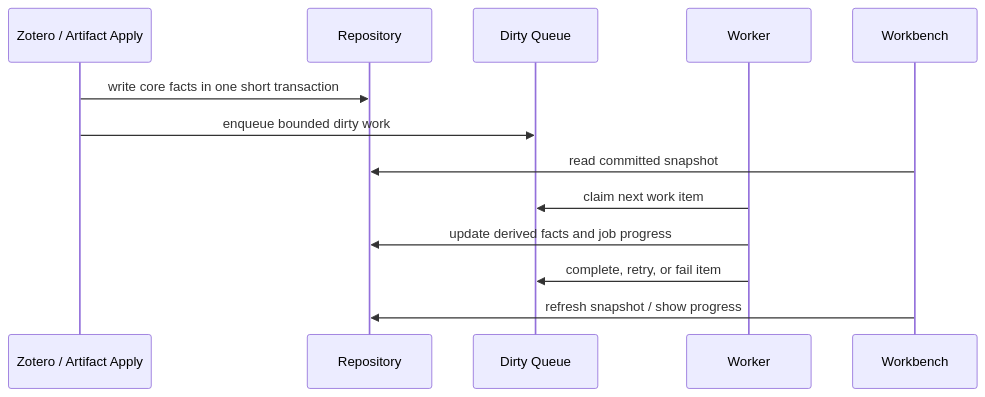
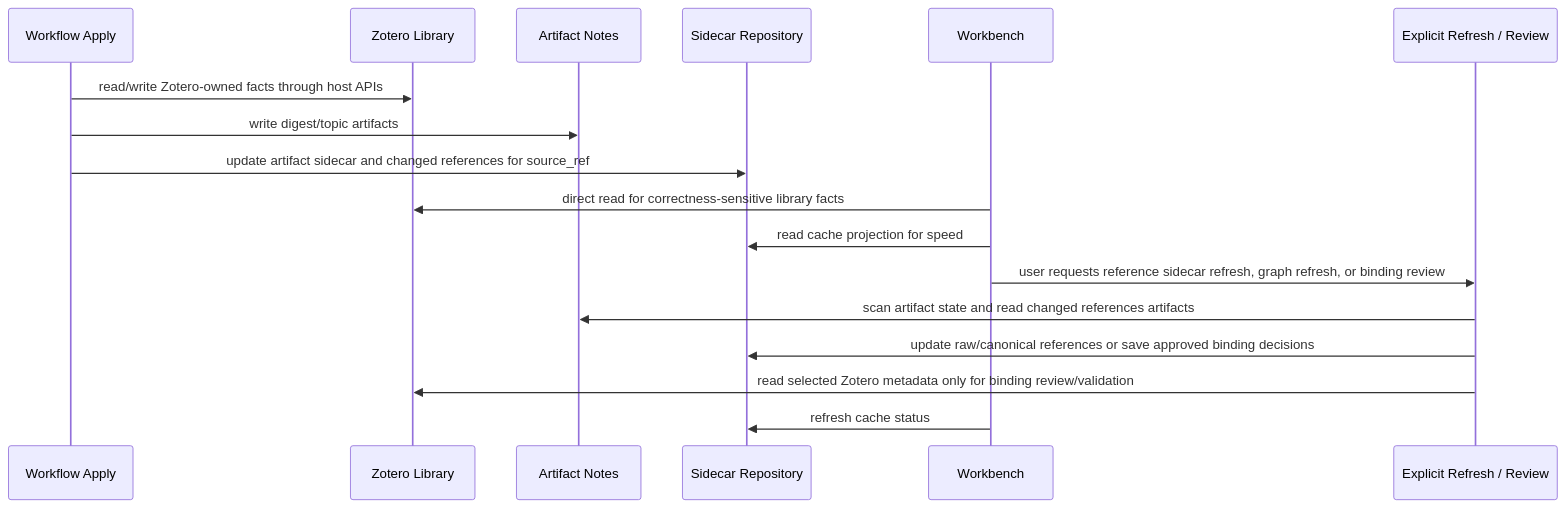
One commit to leike0813/zotero-agents changed the second of 2 diagrams in doc/synthesis-layer/README.md. Above: the diagram before and after it, drawn with Mermaid. The commit also changed other lines of this file and 267 other files, not shown here.

````diff
--- a/doc/synthesis-layer/README.md
+++ b/doc/synthesis-layer/README.md
@@ -63,16 +72,20 @@
 ```mermaid
 sequenceDiagram
-  participant Z as Zotero / Artifact Apply
-  participant R as Repository
-  participant Q as Dirty Queue
-  participant W as Worker
+  participant W as Workflow Apply
+  participant Z as Zotero Library
+  participant A as Artifact Notes
+  participant S as Sidecar Repository
   participant U as Workbench
+  participant R as Explicit Refresh / Review
 
-  Z->>R: write core facts in one short transaction
-  Z->>Q: enqueue bounded dirty work
-  U->>R: read committed snapshot
-  W->>Q: claim next work item
-  W->>R: update derived facts and job progress
-  W->>Q: complete, retry, or fail item
-  U->>R: refresh snapshot / show progress
+  W->>Z: read/write Zotero-owned facts through host APIs
+  W->>A: write digest/topic artifacts
+  W->>S: update artifact sidecar and changed references for source_ref
+  U->>Z: direct read for correctness-sensitive library facts
+  U->>S: read cache projection for speed
+  U->>R: user requests reference sidecar refresh, graph refresh, or binding review
+  R->>A: scan artifact state and read changed references artifacts
+  R->>S: update raw/canonical references or save approved binding decisions
+  R->>Z: read selected Zotero metadata only for binding review/validation
+  U->>S: refresh cache status
 ```
````
